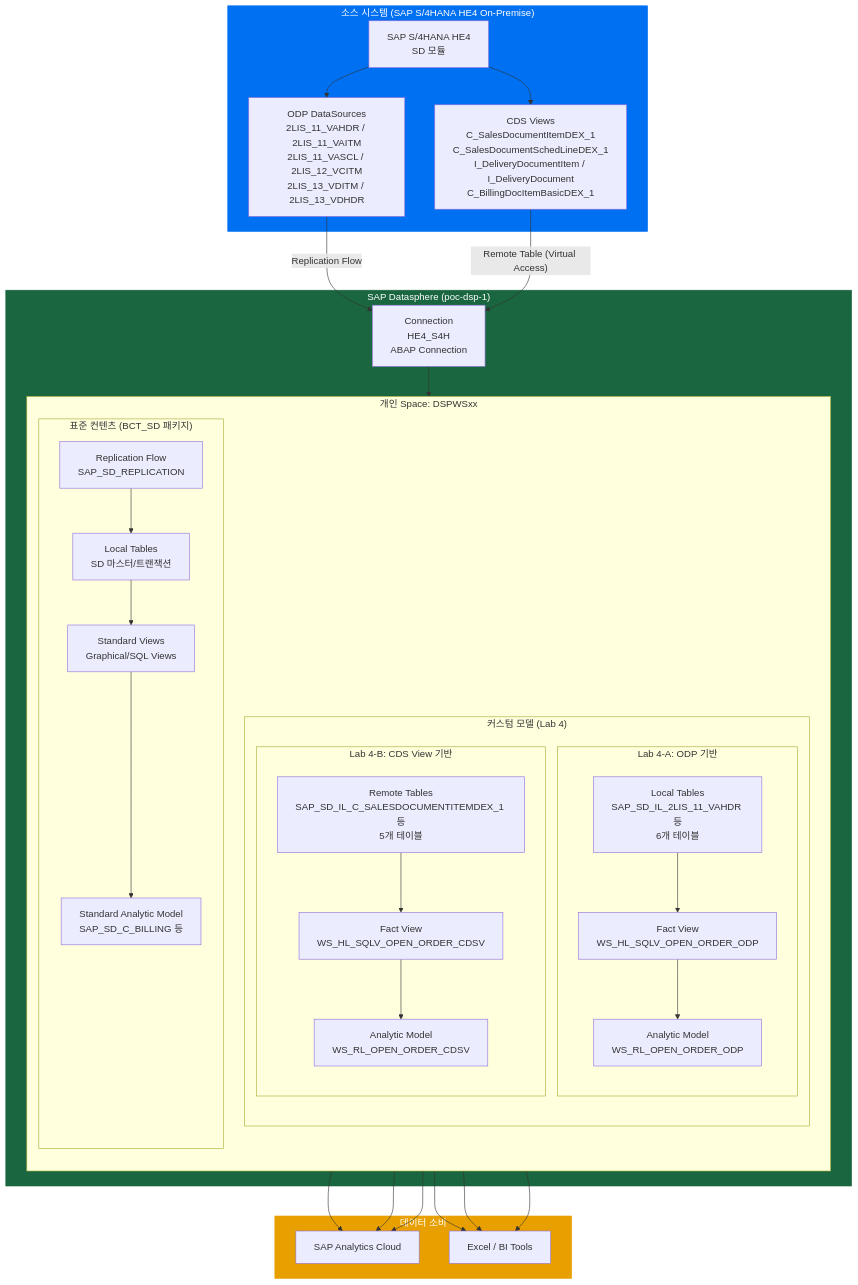
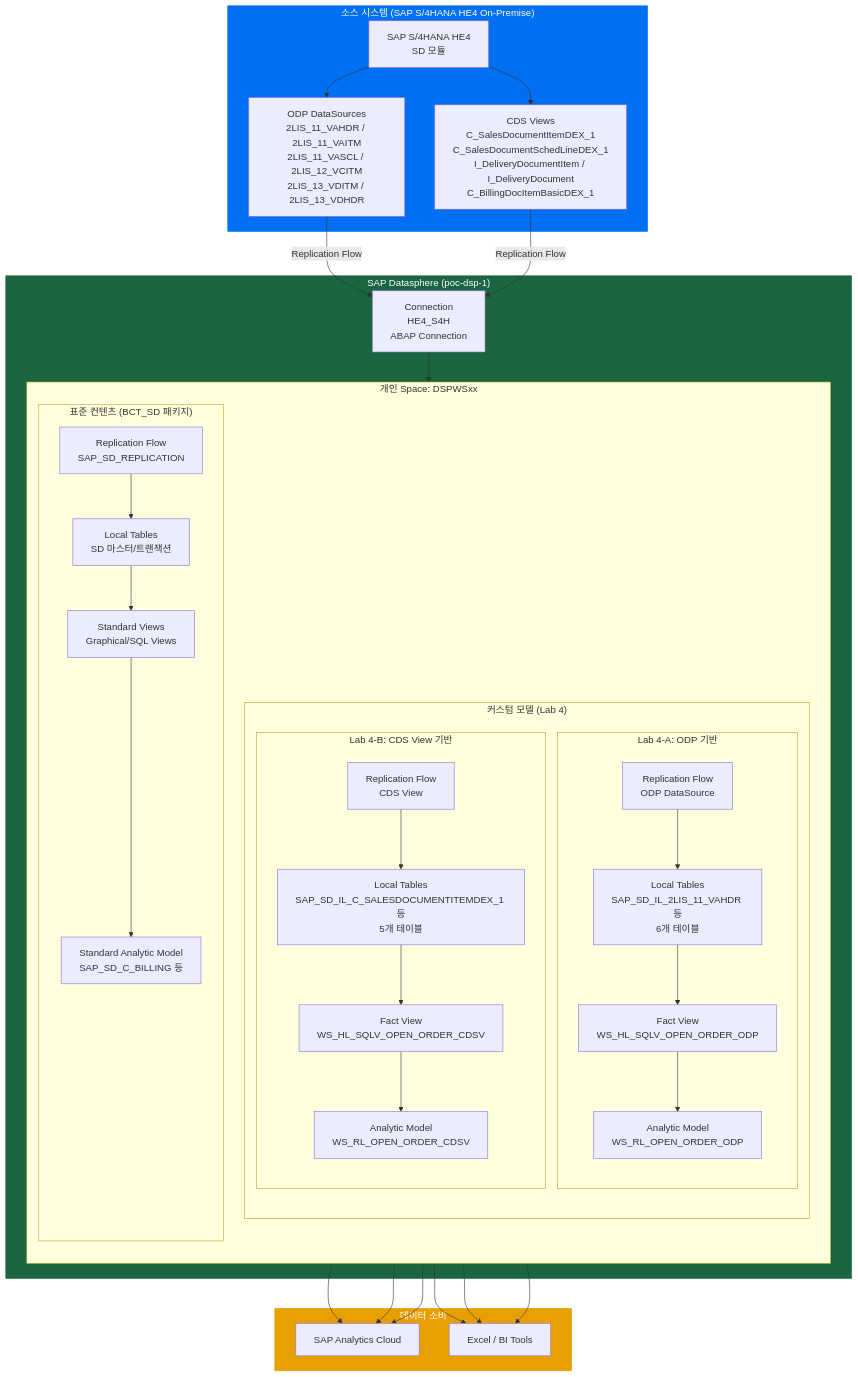
Before and after one commit to youngseols925/sap-datasphere-bdc-workshop: the first of 5 diagrams in docs/architecture.md, drawn with Mermaid. The commit also changed other lines of this file and 1 other file, not shown here.

First line of the commit message:
fix: CDS View 방식도 Replication Flow + Local Table로 전면 수정

````diff
--- a/docs/architecture.md
+++ b/docs/architecture.md
@@ -5,57 +5,59 @@
 ```mermaid
 graph TB
     subgraph Source["소스 시스템 (SAP S/4HANA HE4 On-Premise)"]
         S4H[SAP S/4HANA HE4<br/>SD 모듈]
         ODP[ODP DataSources<br/>2LIS_11_VAHDR / 2LIS_11_VAITM<br/>2LIS_11_VASCL / 2LIS_12_VCITM<br/>2LIS_13_VDITM / 2LIS_13_VDHDR]
         CDS[CDS Views<br/>C_SalesDocumentItemDEX_1<br/>C_SalesDocumentSchedLineDEX_1<br/>I_DeliveryDocumentItem / I_DeliveryDocument<br/>C_BillingDocItemBasicDEX_1]
         S4H --> ODP
         S4H --> CDS
     end
 
     subgraph DSP["SAP Datasphere (poc-dsp-1)"]
         CONN[Connection<br/>HE4_S4H<br/>ABAP Connection]
 
         subgraph SPACE["개인 Space: DSPWSxx"]
             direction TB
 
             subgraph STD["표준 컨텐츠 (BCT_SD 패키지)"]
                 RF[Replication Flow<br/>SAP_SD_REPLICATION]
                 LT[Local Tables<br/>SD 마스터/트랜잭션]
                 SV[Standard Views<br/>Graphical/SQL Views]
                 AM_STD[Standard Analytic Model<br/>SAP_SD_C_BILLING 등]
                 RF --> LT --> SV --> AM_STD
             end
 
             subgraph CUSTOM["커스텀 모델 (Lab 4)"]
                 direction TB
                 subgraph ODP_FLOW["Lab 4-A: ODP 기반"]
+                    RF_ODP[Replication Flow<br/>ODP DataSource]
                     LT_ODP[Local Tables<br/>SAP_SD_IL_2LIS_11_VAHDR 등<br/>6개 테이블]
                     FV_ODP[Fact View<br/>WS_HL_SQLV_OPEN_ORDER_ODP]
                     AM_ODP[Analytic Model<br/>WS_RL_OPEN_ORDER_ODP]
-                    LT_ODP --> FV_ODP --> AM_ODP
+                    RF_ODP --> LT_ODP --> FV_ODP --> AM_ODP
                 end
                 subgraph CDS_FLOW["Lab 4-B: CDS View 기반"]
-                    RT_CDS[Remote Tables<br/>SAP_SD_IL_C_SALESDOCUMENTITEMDEX_1 등<br/>5개 테이블]
+                    RF_CDS[Replication Flow<br/>CDS View]
+                    LT_CDS[Local Tables<br/>SAP_SD_IL_C_SALESDOCUMENTITEMDEX_1 등<br/>5개 테이블]
                     FV_CDS[Fact View<br/>WS_HL_SQLV_OPEN_ORDER_CDSV]
                     AM_CDS[Analytic Model<br/>WS_RL_OPEN_ORDER_CDSV]
-                    RT_CDS --> FV_CDS --> AM_CDS
+                    RF_CDS --> LT_CDS --> FV_CDS --> AM_CDS
                 end
             end
         end
     end
 
     subgraph CONSUME["데이터 소비"]
         SAC[SAP Analytics Cloud]
         EXCEL[Excel / BI Tools]
     end
 
     ODP --"Replication Flow"--> CONN
-    CDS --"Remote Table (Virtual Access)"--> CONN
+    CDS --"Replication Flow"--> CONN
     CONN --> SPACE
     AM_STD & AM_ODP & AM_CDS --> SAC
     AM_STD & AM_ODP & AM_CDS --> EXCEL
 
     style Source fill:#0070F2,color:#fff,stroke:#0070F2
     style DSP fill:#1A6640,color:#fff,stroke:#1A6640
     style CONSUME fill:#E8A000,color:#fff,stroke:#E8A000
 ```
````
